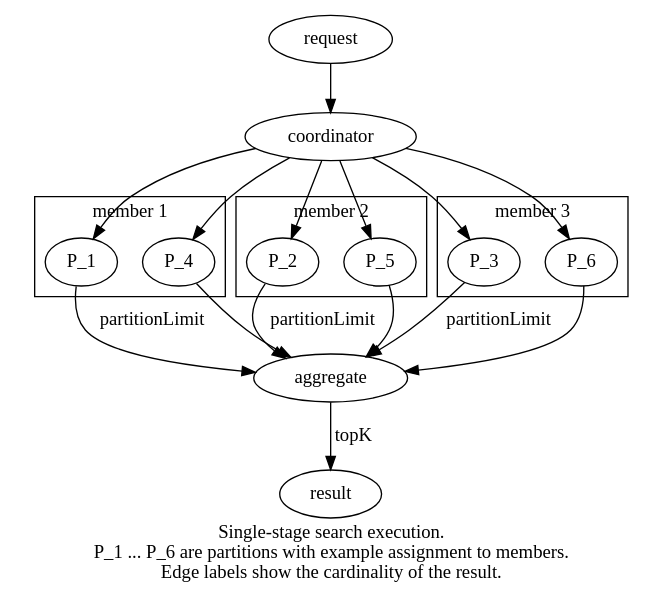
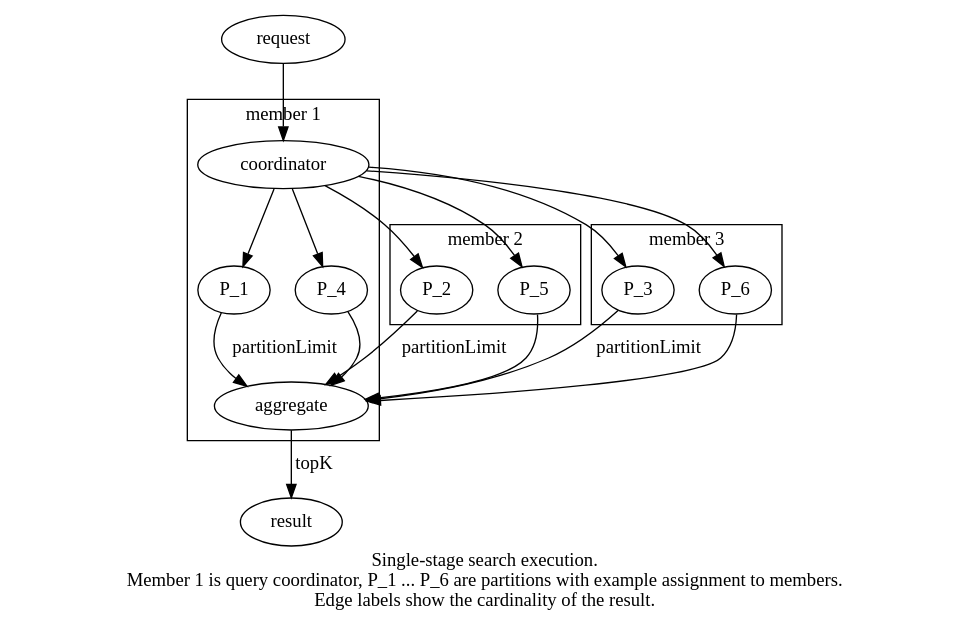
Before and after one commit to hazelcast/hz-docs: the second of 2 diagrams in docs/modules/architecture/pages/vector-search-overview.adoc, drawn with Graphviz. The commit also changed other lines of this file, not shown here.

Commit message:
Describe impact, improve search algorithm diagrams

```diff
--- a/docs/modules/architecture/pages/vector-search-overview.adoc
+++ b/docs/modules/architecture/pages/vector-search-overview.adoc
@@ -155,43 +160,45 @@
 [graphviz]
 ....
 digraph singleStageSearch {
   subgraph cluster_M_1 {
+    coordinator;
     P_1;
     P_4;
+    aggregate;
     label = "member 1";
   }
 
   subgraph cluster_M_2 {
     P_2;
     P_5;
     label = "member 2";
   }
 
   subgraph cluster_M_3 {
     P_3;
     P_6;
     label = "member 3";
   }
 
   request -> coordinator;
 
   coordinator -> P_1;
   P_1 -> aggregate [label="partitionLimit"];
   coordinator -> P_4;
   P_4 -> aggregate; // [label="partitionLimit"];
 
   coordinator -> P_2;
   P_2 -> aggregate [label="partitionLimit"];
   coordinator -> P_5;
   P_5 -> aggregate; // [label="partitionLimit"];
 
   coordinator -> P_3;
   P_3 -> aggregate [label="partitionLimit"];
   coordinator -> P_6;
   P_6 -> aggregate; // [label="partitionLimit"];
 
   aggregate -> result [label="topK"];
 
-  label="Single-stage search execution.\nP_1 ... P_6 are partitions with example assignment to members.\nEdge labels show the cardinality of the result.";
+  label="Single-stage search execution.\nMember 1 is query coordinator, P_1 ... P_6 are partitions with example assignment to members.\nEdge labels show the cardinality of the result.";
 }
 ....
```
